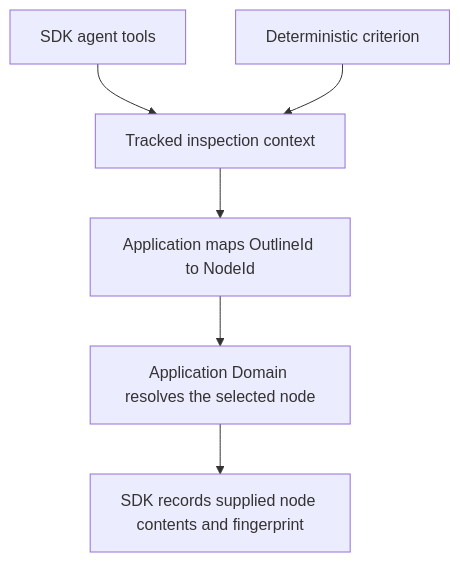
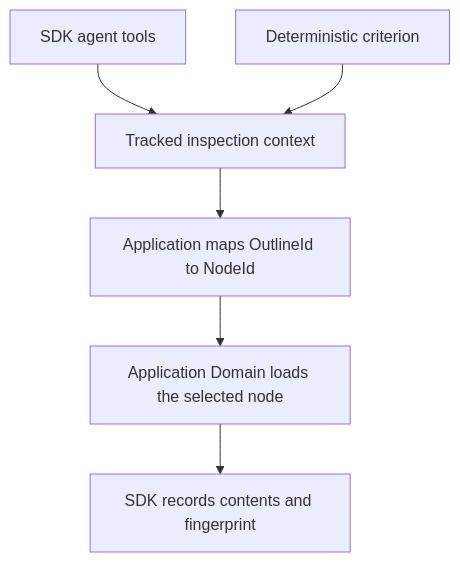
The diagram in md/requirements/sdk/sources.md (nikomatsakis/habeas-codicem), drawn with Mermaid before and after one commit. The commit also changed other lines of this file and 4 other files, not shown here.

````diff
--- a/md/requirements/sdk/sources.md
+++ b/md/requirements/sdk/sources.md
@@ -233,8 +138,8 @@
 ```mermaid
 flowchart TD
     Agent["SDK agent tools"] --> Context["Tracked inspection context"]
     Code["Deterministic criterion"] --> Context
     Context --> Mapping["Application maps OutlineId to NodeId"]
-    Mapping --> Graph["Application Domain resolves the selected node"]
-    Graph --> Trace["SDK records supplied node contents and fingerprint"]
+    Mapping --> Domain["Application Domain loads the selected node"]
+    Domain --> Trace["SDK records contents and fingerprint"]
 ```
````
